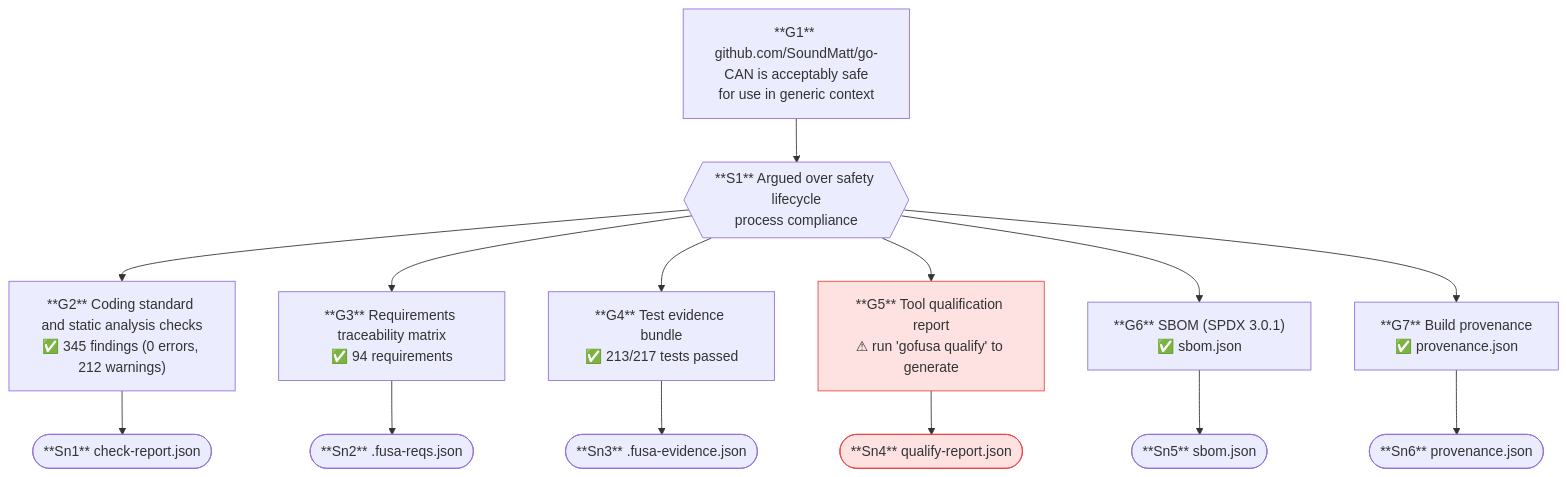
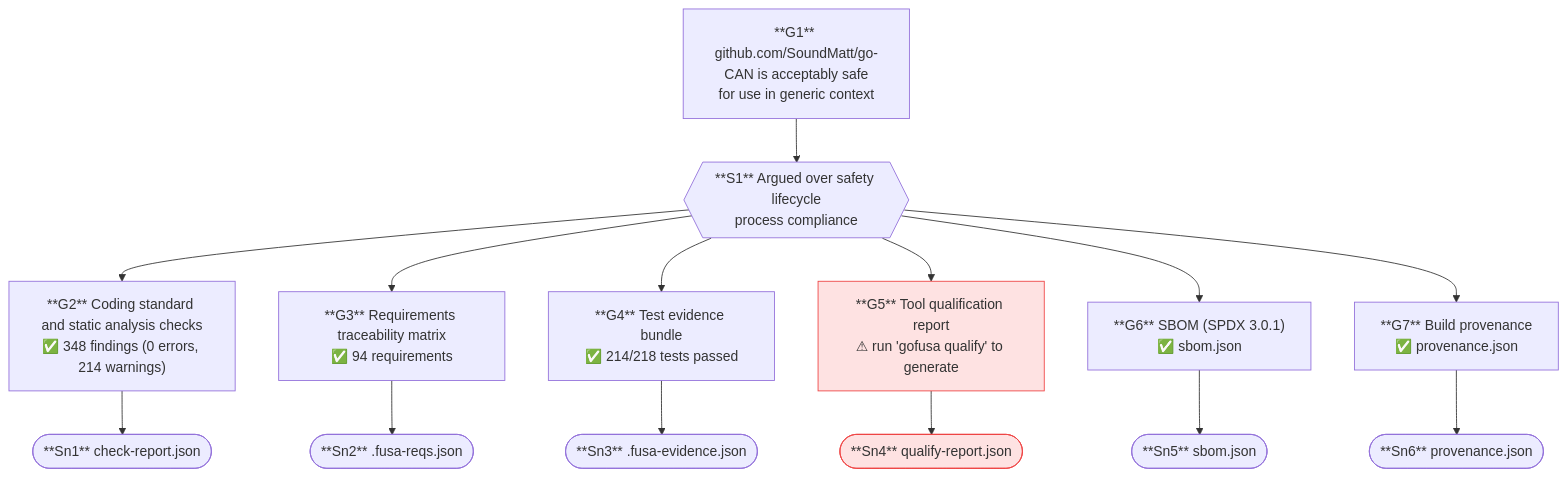
Before and after one commit to SoundMatt/go-CAN: the diagram in safety-case.mermaid, drawn with Mermaid. The commit also changed 18 other files, not shown here.

```diff
--- a/safety-case.mermaid
+++ b/safety-case.mermaid
@@ -1,30 +1,30 @@
 flowchart TD
     G1["**G1** github.com/SoundMatt/go-CAN is acceptably safe\nfor use in generic context"]
     S1{{"**S1** Argued over safety lifecycle\nprocess compliance"}}
-    G2["**G2** Coding standard and static analysis checks\n✅ 345 findings (0 errors, 212 warnings)"]
+    G2["**G2** Coding standard and static analysis checks\n✅ 348 findings (0 errors, 214 warnings)"]
     Sn1(["**Sn1** check-report.json"])
     G3["**G3** Requirements traceability matrix\n✅ 94 requirements"]
     Sn2(["**Sn2** .fusa-reqs.json"])
-    G4["**G4** Test evidence bundle\n✅ 213/217 tests passed"]
+    G4["**G4** Test evidence bundle\n✅ 214/218 tests passed"]
     Sn3(["**Sn3** .fusa-evidence.json"])
     G5["**G5** Tool qualification report\n⚠ run 'gofusa qualify' to generate"]
     Sn4(["**Sn4** qualify-report.json"])
     G6["**G6** SBOM (SPDX 3.0.1)\n✅ sbom.json"]
     Sn5(["**Sn5** sbom.json"])
     G7["**G7** Build provenance\n✅ provenance.json"]
     Sn6(["**Sn6** provenance.json"])
     G1 --> S1
     S1 --> G2
     S1 --> G3
     S1 --> G4
     S1 --> G5
     S1 --> G6
     S1 --> G7
     G2 --> Sn1
     G3 --> Sn2
     G4 --> Sn3
     G5 --> Sn4
     G6 --> Sn5
     G7 --> Sn6
     style G5 fill:#fee2e2,stroke:#ef4444
     style Sn4 fill:#fee2e2,stroke:#ef4444
```
